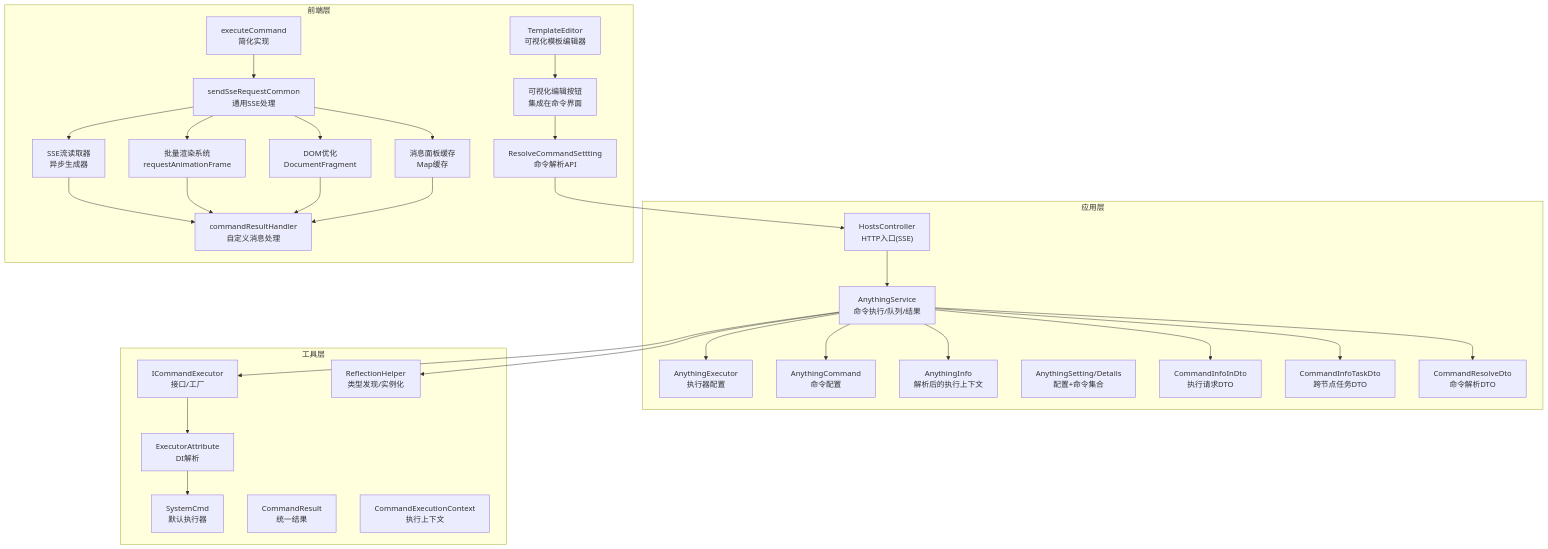
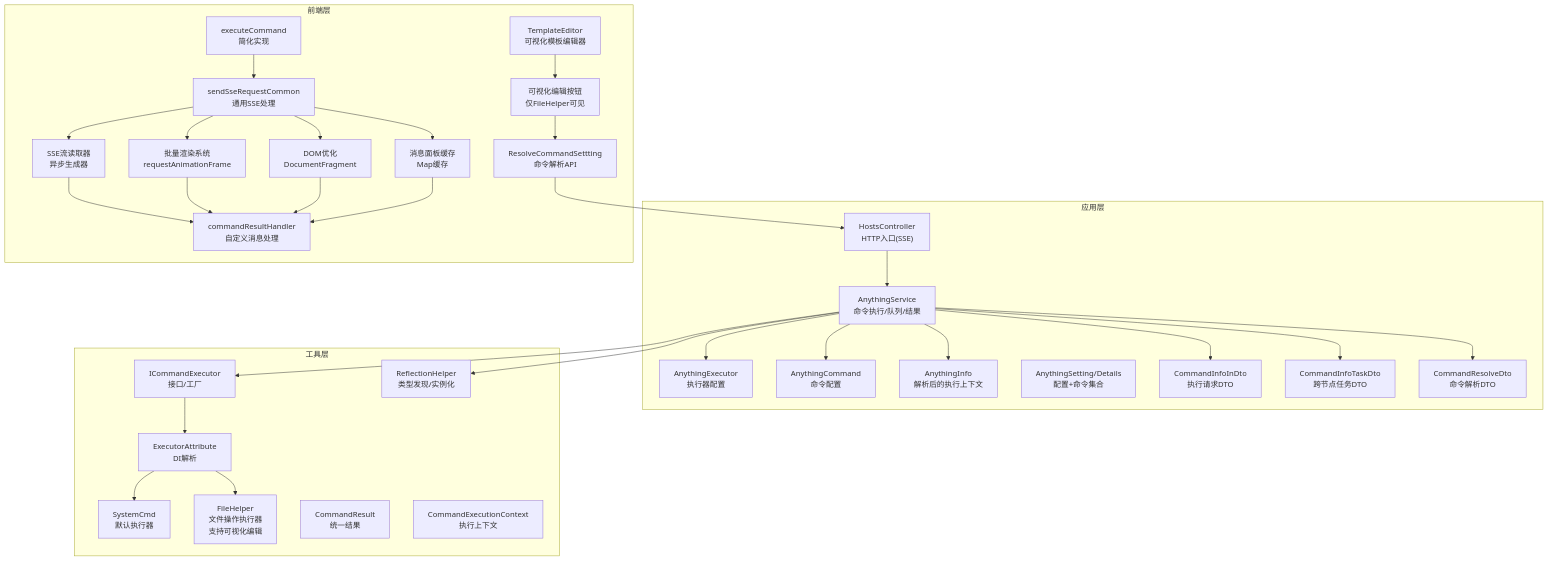
Before and after one commit to Sosososolong/AirGo: the first of 10 diagrams in .qoder/repowiki/zh/content/项目概述/核心特性/远程主机管理/命令执行器系统.md, drawn with Mermaid. The commit also changed other lines of this file and 3 other files, not shown here.

````diff
--- a/.qoder/repowiki/zh/content/项目概述/核心特性/远程主机管理/命令执行器系统.md
+++ b/.qoder/repowiki/zh/content/项目概述/核心特性/远程主机管理/命令执行器系统.md
@@ -79,57 +79,59 @@
 ```mermaid
 graph TB
 subgraph "应用层"
 HC["HostsController<br/>HTTP入口(SSE)"]
 AS["AnythingService<br/>命令执行/队列/结果"]
 AE["AnythingExecutor<br/>执行器配置"]
 AC["AnythingCommand<br/>命令配置"]
 AI["AnythingInfo<br/>解析后的执行上下文"]
 ASD["AnythingSetting/Details<br/>配置+命令集合"]
 CID["CommandInfoInDto<br/>执行请求DTO"]
 CTID["CommandInfoTaskDto<br/>跨节点任务DTO"]
 CRD["CommandResolveDto<br/>命令解析DTO"]
 end
 subgraph "工具层"
 ICE["ICommandExecutor<br/>接口/工厂"]
 SYS["SystemCmd<br/>默认执行器"]
+FH["FileHelper<br/>文件操作执行器<br/>支持可视化编辑"]
 EA["ExecutorAttribute<br/>DI解析"]
 RH["ReflectionHelper<br/>类型发现/实例化"]
 CR["CommandResult<br/>统一结果"]
 CEC["CommandExecutionContext<br/>执行上下文"]
 end
 subgraph "前端层"
 EXECCMD["executeCommand<br/>简化实现"]
 SSER["SSE流读取器<br/>异步生成器"]
 BATCH["批量渲染系统<br/>requestAnimationFrame"]
 DF["DOM优化<br/>DocumentFragment"]
 CACHE["消息面板缓存<br/>Map缓存"]
 CRH["commandResultHandler<br/>自定义消息处理"]
 SSERC["sendSseRequestCommon<br/>通用SSE处理"]
 TE["TemplateEditor<br/>可视化模板编辑器"]
-VEBTN["可视化编辑按钮<br/>集成在命令界面"]
+VEBTN["可视化编辑按钮<br/>仅FileHelper可见"]
 RESOLVE["ResolveCommandSettting<br/>命令解析API"]
 end
 HC --> AS
 AS --> ICE
 ICE --> EA
 EA --> SYS
+EA --> FH
 AS --> RH
 AS --> AC
 AS --> AE
 AS --> AI
 AS --> CID
 AS --> CTID
 AS --> CRD
 EXECCMD --> SSERC
 SSERC --> SSER
 SSERC --> BATCH
 SSERC --> DF
 SSERC --> CACHE
 SSER --> CRH
 BATCH --> CRH
 DF --> CRH
 CACHE --> CRH
 TE --> VEBTN
 VEBTN --> RESOLVE
 RESOLVE --> HC
 ```
````
